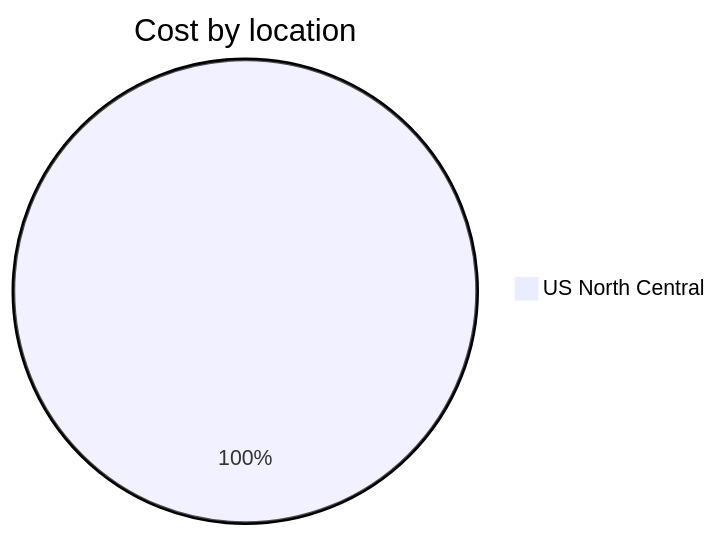
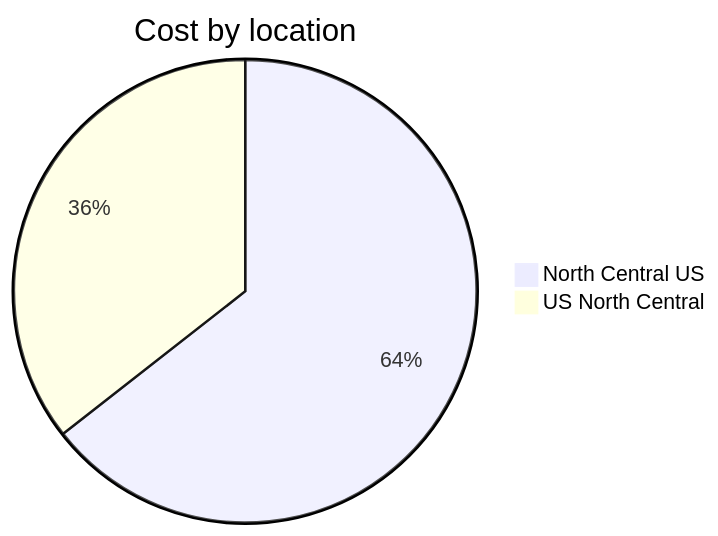
The third of 4 diagrams in cost-reports/personal-network/backup-server-public-ip.md (jpfulton/azure-personal-reports), drawn with Mermaid before and after one commit. The commit also changed other lines of this file and 7 other files, not shown here.

````diff
--- a/cost-reports/personal-network/backup-server-public-ip.md
+++ b/cost-reports/personal-network/backup-server-public-ip.md
@@ -107,5 +108,6 @@
 ```mermaid
 pie
    title Cost by location
-   "US North Central" : 2.87
+   "North Central US" : 1.92
+   "US North Central" : 1.06
 ```
````
